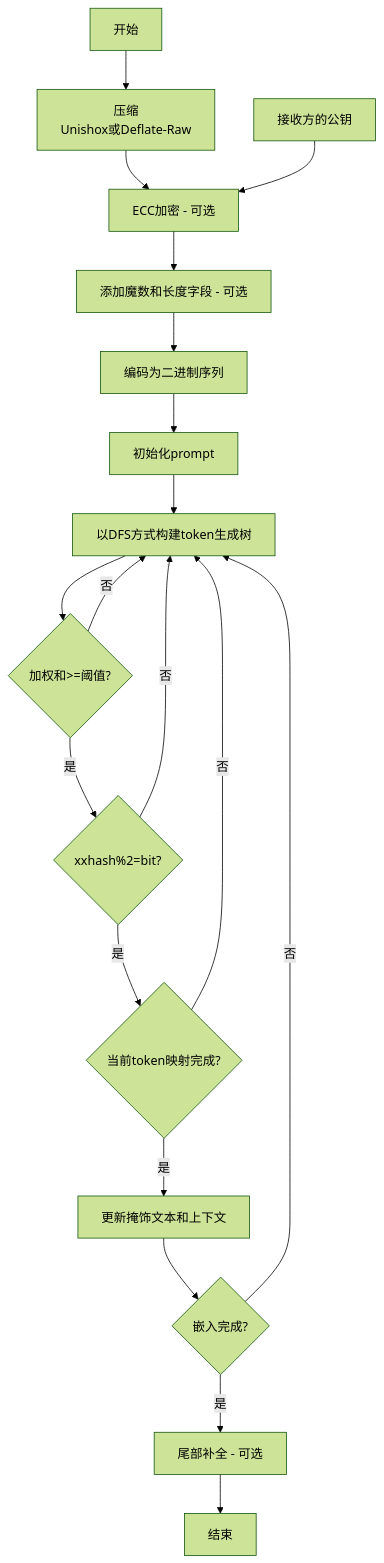
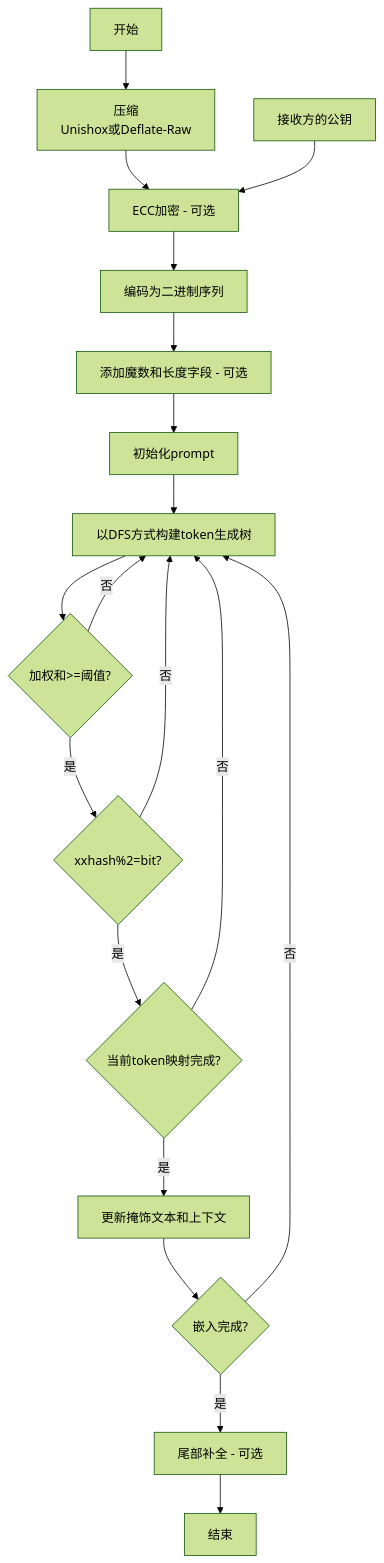
Before and after one commit to Rin313/StegLLM: the diagram in README.md, drawn with Mermaid (forest theme). The commit also changed other lines of this file and 5 other files, not shown here.

````diff
--- a/README.md
+++ b/README.md
@@ -55,21 +59,21 @@
 ```mermaid
 flowchart TD
     A[开始] --> compress[压缩<br>Unishox或Deflate-Raw];
     compress --> encrypt[ECC加密 - 可选];
     public[接收方的公钥] -->encrypt;
-    encrypt --> magicNum[添加魔数和长度字段 - 可选]
-    magicNum -->base[编码为二进制序列]
-    base -->prompt[初始化prompt]
+    encrypt --> base[编码为二进制序列]
+base -->magicNum[添加魔数和长度字段 - 可选];
+    magicNum -->prompt[初始化prompt]
     prompt-->dfs[以DFS方式构建token生成树]
     dfs --> weightsNum{加权和>=阈值?}
     weightsNum --> |是|mapping{xxhash%2=bit?}
     weightsNum --> |否|dfs;
-    mapping --> |是|mappingDone{当前token映射完成?}
+mapping --> |是|mappingDone{当前token映射完成?}
     mapping --> |否|dfs;
     mappingDone -->|是|coverText[更新掩饰文本和上下文]
     mappingDone -->|否|dfs;
     coverText --> done{嵌入完成?};
     done -->|是|tail[尾部补全 - 可选];
-    done -->|否|dfs;
+done -->|否|dfs;
 tail -->endd[结束];
 ```
````
